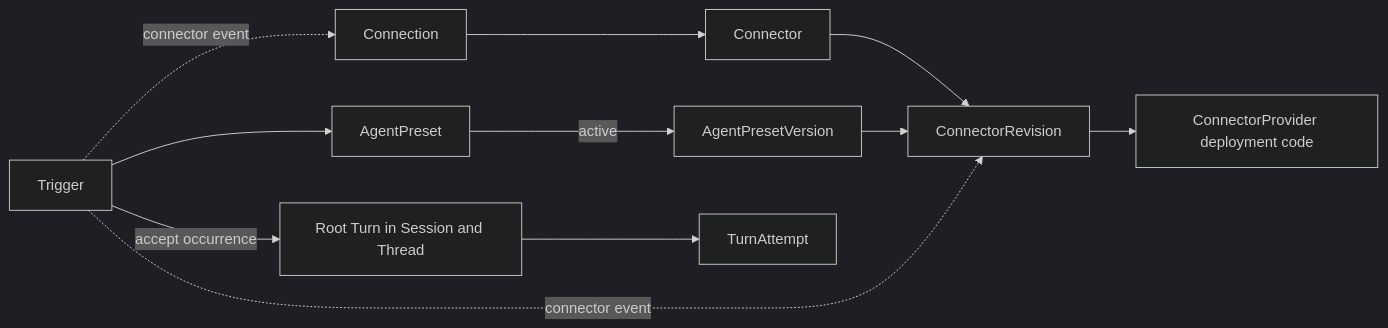
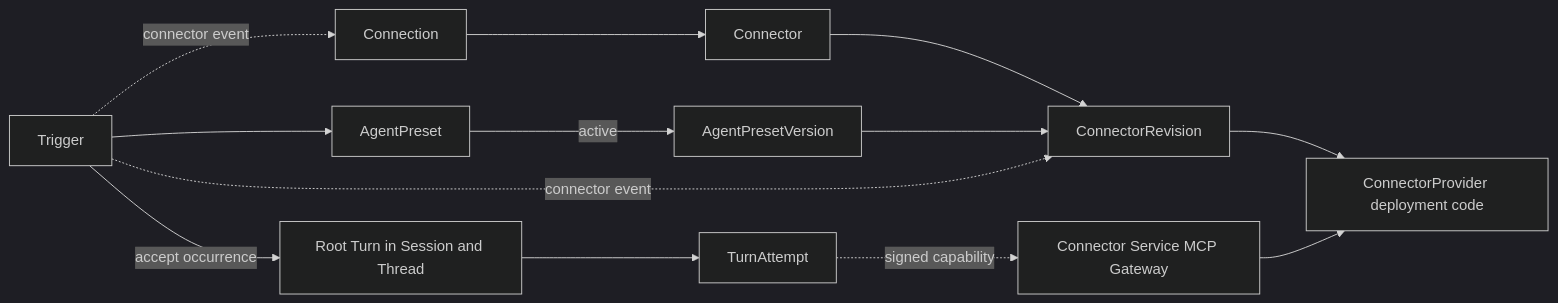
The first of 4 diagrams in spec/foundation-service/23-connectors-connections-and-triggers.md (converge-ai-labs/agent-foundation), drawn with Mermaid (dark theme) before and after one commit. The commit also changed other lines of this file and 41 other files, not shown here.

First line of the commit message:
refactor(connectors): route tools through MCP gateway

````diff
--- a/spec/foundation-service/23-connectors-connections-and-triggers.md
+++ b/spec/foundation-service/23-connectors-connections-and-triggers.md
@@ -45,21 +53,23 @@
 ```mermaid
 flowchart LR
     Provider[ConnectorProvider deployment code]
     Connector[Connector]
     Revision[ConnectorRevision]
     Connection[Connection]
     AgentPreset[AgentPreset]
     AgentPresetVersion[AgentPresetVersion]
     Trigger[Trigger]
     Turn[Root Turn in Session and Thread]
     Attempt[TurnAttempt]
+    Service[Connector Service MCP Gateway]
 
     Connector --> Revision --> Provider
     Connection --> Connector
     AgentPreset -->|active| AgentPresetVersion
     AgentPresetVersion --> Revision
     Trigger --> AgentPreset
     Trigger -. connector event .-> Revision
     Trigger -. connector event .-> Connection
     Trigger -->|accept occurrence| Turn --> Attempt
+    Attempt -. signed capability .-> Service --> Provider
 ```
````
